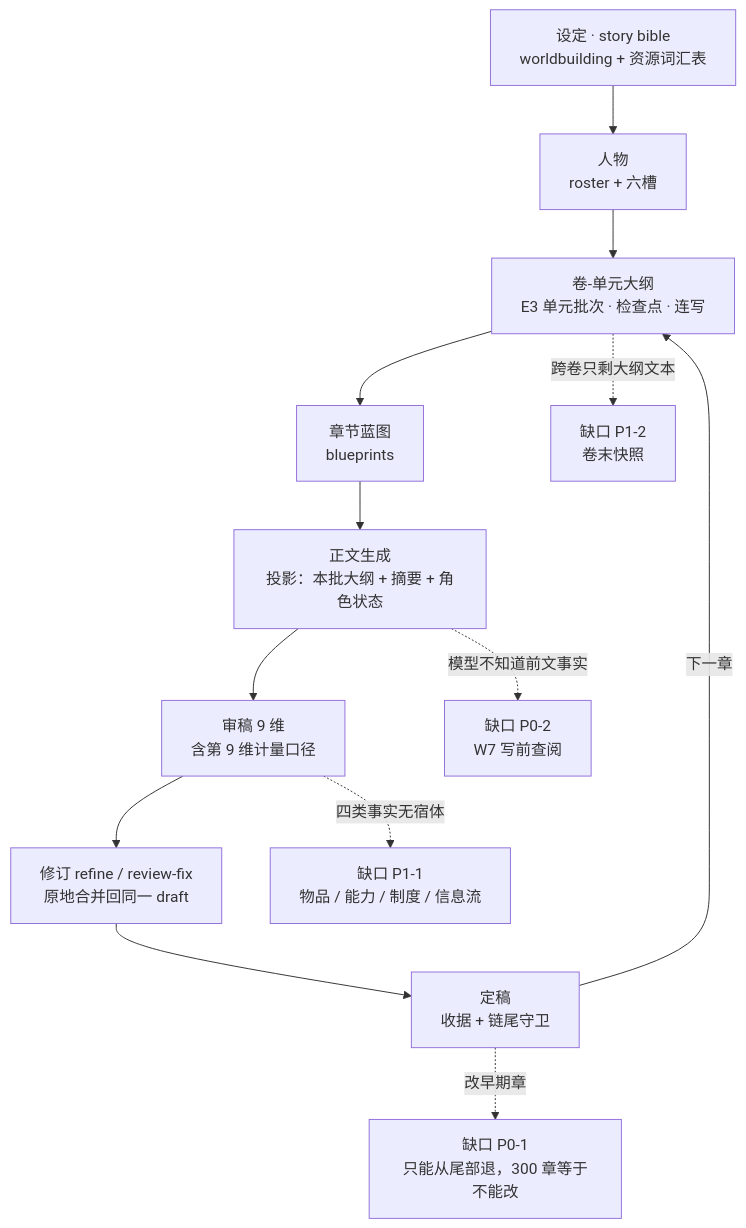
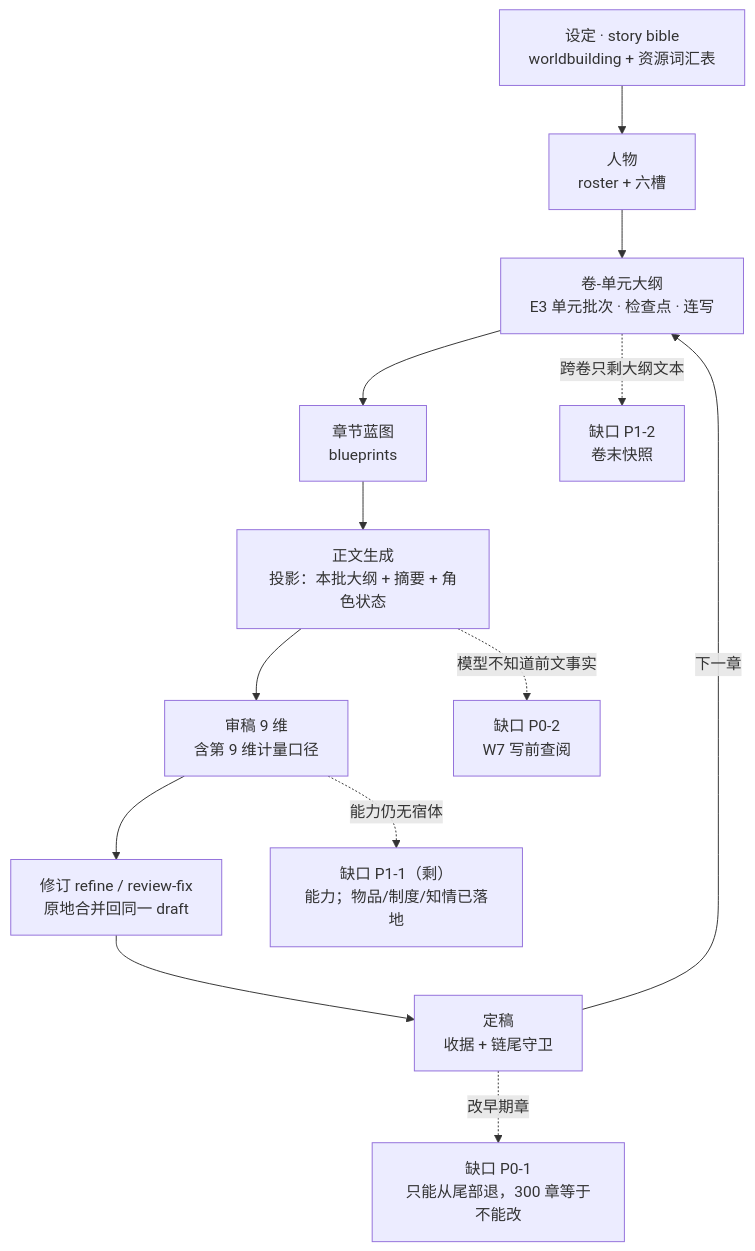
One commit to byfbaish/AI-Novel-Writer changed the diagram in docs/design/architecture/long-form-readiness-review.md. Above: the diagram before and after it, drawn with Mermaid. The commit also changed other lines of this file and 31 other files, not shown here.

````diff
--- a/docs/design/architecture/long-form-readiness-review.md
+++ b/docs/design/architecture/long-form-readiness-review.md
@@ -38,15 +38,15 @@
 ```mermaid
 flowchart TD
   A["设定 · story bible<br/>worldbuilding + 资源词汇表"] --> B["人物<br/>roster + 六槽"]
   B --> C["卷-单元大纲<br/>E3 单元批次 · 检查点 · 连写"]
   C --> D["章节蓝图<br/>blueprints"]
   D --> E["正文生成<br/>投影：本批大纲 + 摘要 + 角色状态"]
   E --> F["审稿 9 维<br/>含第 9 维计量口径"]
   F --> G["修订 refine / review-fix<br/>原地合并回同一 draft"]
   G --> H["定稿<br/>收据 + 链尾守卫"]
   H -->|下一章| C
   H -.->|"改早期章"| X1["缺口 P0-1<br/>只能从尾部退，300 章等于不能改"]
   E -.->|"模型不知道前文事实"| X2["缺口 P0-2<br/>W7 写前查阅"]
   C -.->|"跨卷只剩大纲文本"| X3["缺口 P1-2<br/>卷末快照"]
-  F -.->|"四类事实无宿体"| X4["缺口 P1-1<br/>物品 / 能力 / 制度 / 信息流"]
+  F -.->|"能力仍无宿体"| X4["缺口 P1-1（剩）<br/>能力；物品/制度/知情已落地"]
 ```
````
